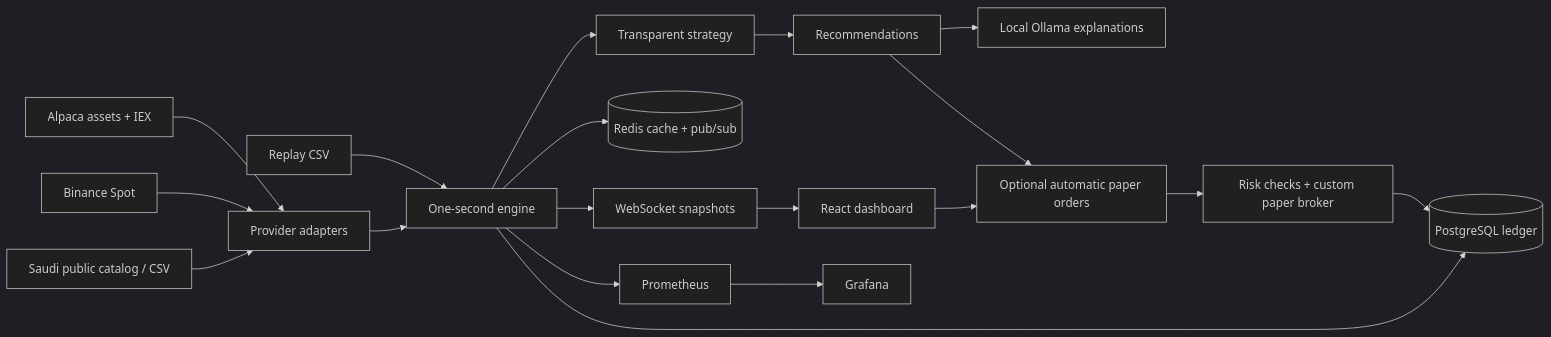
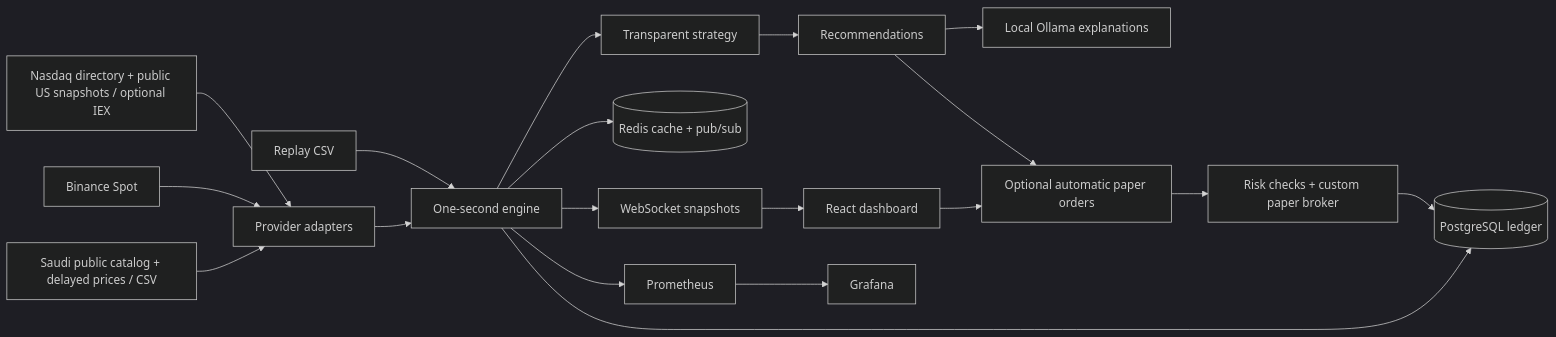
The diagram in docs/architecture.md (Sultan-112/paperlab), drawn with Mermaid (dark theme) before and after one commit. The commit also changed other lines of this file and 22 other files, not shown here.

````diff
--- a/docs/architecture.md
+++ b/docs/architecture.md
@@ -3,21 +3,21 @@
 ```mermaid
 flowchart LR
-  A[Alpaca assets + IEX] --> P[Provider adapters]
+  A[Nasdaq directory + public US snapshots / optional IEX] --> P[Provider adapters]
   B[Binance Spot] --> P
-  C[Saudi public catalog / CSV] --> P
+  C[Saudi public catalog + delayed prices / CSV] --> P
   R[Replay CSV] --> E[One-second engine]
   P --> E
   E --> S[Transparent strategy]
   S --> D[Recommendations]
   D --> O[Local Ollama explanations]
   D --> X[Optional automatic paper orders]
   U[React dashboard] --> X
   X --> K[Risk checks + custom paper broker]
   K --> DB[(PostgreSQL ledger)]
   E --> DB
   E --> RD[(Redis cache + pub/sub)]
   E --> W[WebSocket snapshots]
   W --> U
   E --> M[Prometheus]
   M --> G[Grafana]
 ```
````
